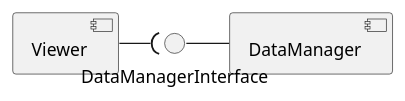
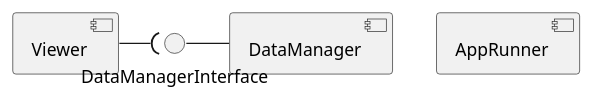
One commit to NMeswania/DnD_App changed the first of 2 diagrams in doc/diagrams/src/components.puml. Above: the diagram before and after it, drawn with PlantUML. The commit also changed other lines of this file, not shown here.

Commit message:
Add basic class diagram

```diff
--- a/doc/diagrams/src/components.puml
+++ b/doc/diagrams/src/components.puml
@@ -1,11 +1,12 @@
 @startuml component_diagram
 
+component AppRunner
 component Viewer
 component DataManager
 
 interface DataManagerInterface
 
 Viewer -( DataManagerInterface
 DataManagerInterface - DataManager
 
 @enduml
```
